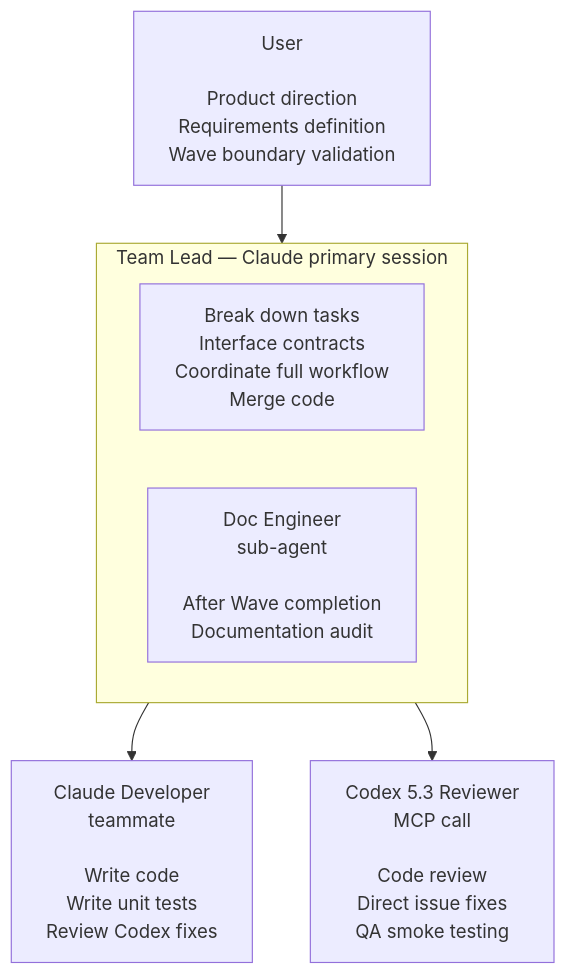
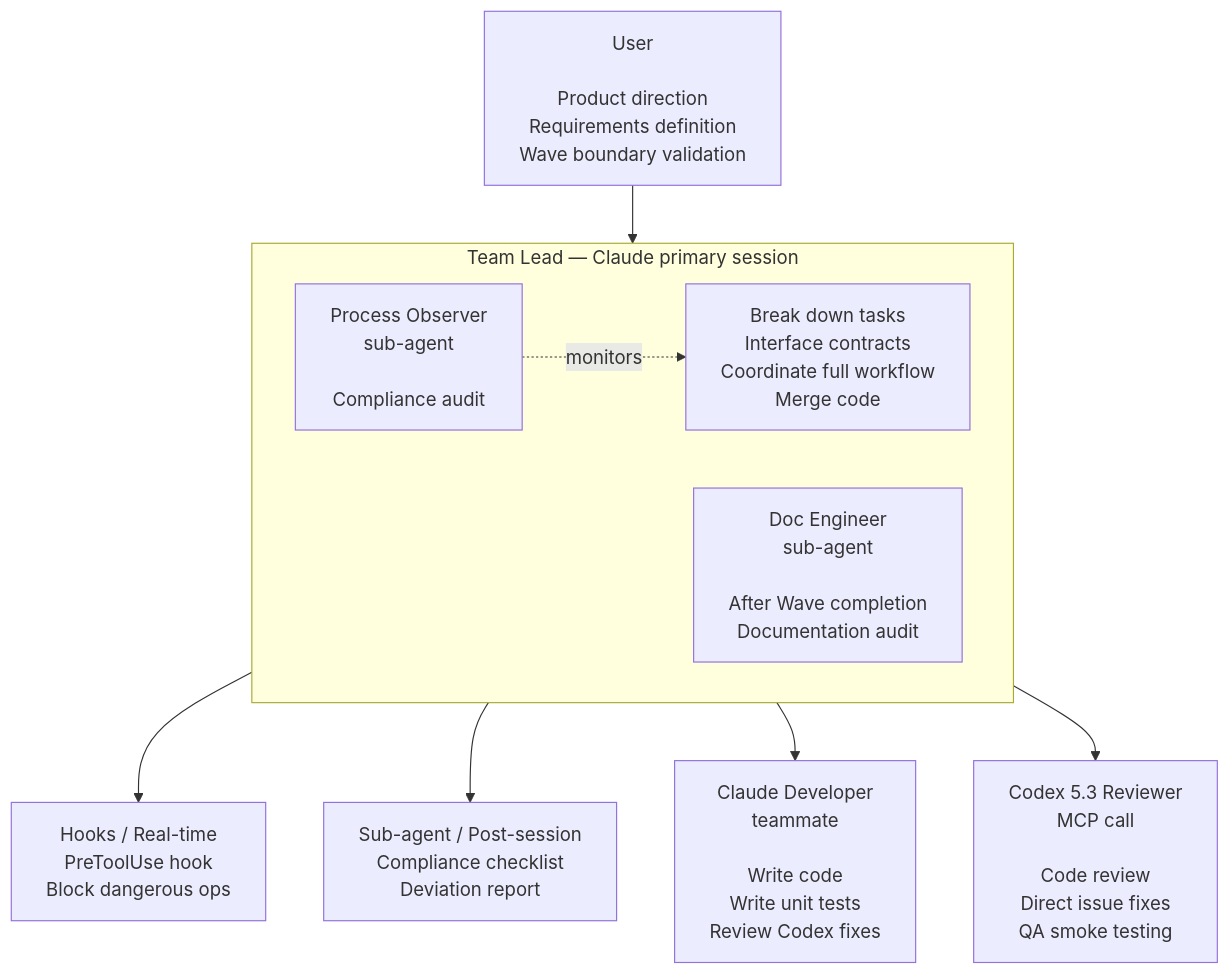
The diagram in docs/roles.md (BinaryHB0916/iSparto), drawn with Mermaid before and after one commit. The commit also changed other lines of this file and 15 other files, not shown here.

First line of the commit message:
feat: add Process Observer role (hooks + post-session audit)

````diff
--- a/docs/roles.md
+++ b/docs/roles.md
@@ -5,18 +5,25 @@
 ```mermaid
 flowchart TB
     User["User<br/><br/>Product direction<br/>Requirements definition<br/>Wave boundary validation"]
 
     subgraph Lead["Team Lead — Claude primary session"]
         direction LR
         LeadTasks["Break down tasks<br/>Interface contracts<br/>Coordinate full workflow<br/>Merge code"]
         Doc["Doc Engineer<br/>sub-agent<br/><br/>After Wave completion<br/>Documentation audit"]
+        Observer["Process Observer<br/>sub-agent<br/><br/>Compliance audit"]
     end
+
+    ObserverHooks["Hooks / Real-time<br/>PreToolUse hook<br/>Block dangerous ops"]
+    ObserverAudit["Sub-agent / Post-session<br/>Compliance checklist<br/>Deviation report"]
 
     Dev["Claude Developer<br/>teammate<br/><br/>Write code<br/>Write unit tests<br/>Review Codex fixes"]
 
     Codex["Codex 5.3 Reviewer<br/>MCP call<br/><br/>Code review<br/>Direct issue fixes<br/>QA smoke testing"]
 
     User --> Lead
     Lead --> Dev
     Lead --> Codex
+    Observer -.->|monitors| LeadTasks
+    Observer --> ObserverHooks
+    Observer --> ObserverAudit
 ```
````
